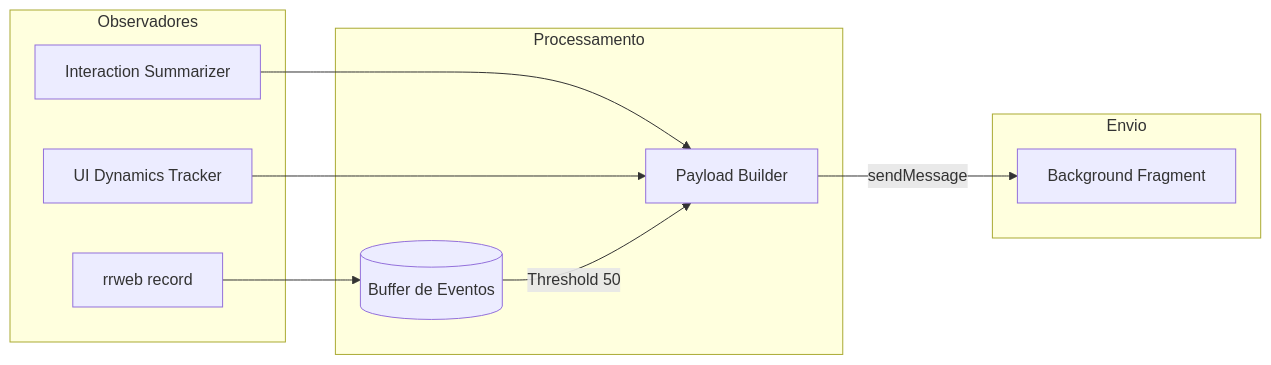
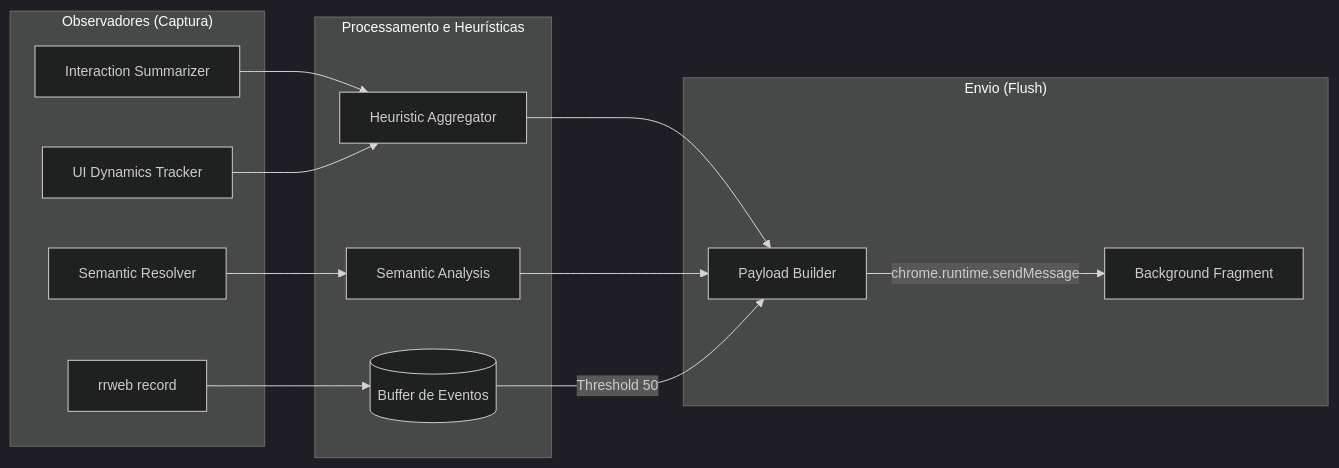
Before and after one commit to marcus-v-rodrigues/ux-auditor-extension: the diagram in docs/03-content-script-e-pipeline.md, drawn with Mermaid. The commit also changed 3 other files, not shown here.

First line of the commit message:
docs: add detailed architecture documentation and enhance diagrams

````diff
--- a/docs/03-content-script-e-pipeline.md
+++ b/docs/03-content-script-e-pipeline.md
@@ -9,23 +9,30 @@
 ```mermaid
-graph LR
-    subgraph "Observadores"
+%%{init: { 'theme': 'dark', 'themeVariables': { 'fontSize': '14px' }, 'flowchart': { 'curve': 'basis' } } }%%
+flowchart LR
+    subgraph Observadores["Observadores (Captura)"]
         RW[rrweb record]
         IS[Interaction Summarizer]
         UI[UI Dynamics Tracker]
+        SR[Semantic Resolver]
     end
 
-    subgraph "Processamento"
+    subgraph Processamento["Processamento e Heurísticas"]
+        HA[Heuristic Aggregator]
+        SR_AN[Semantic Analysis]
         BUF[(Buffer de Eventos)]
-        FRAG[Payload Builder]
     end
 
-    subgraph "Envio"
+    subgraph Envio["Envio (Flush)"]
+        FRAG[Payload Builder]
         BG[Background Fragment]
     end
 
     RW --> BUF
-    IS --> FRAG
-    UI --> FRAG
+    IS --> HA
+    UI --> HA
+    SR --> SR_AN
+    HA --> FRAG
+    SR_AN --> FRAG
     BUF -->|Threshold 50| FRAG
-    FRAG -->|sendMessage| BG
+    FRAG -->|"chrome.runtime.sendMessage"| BG
 ```
````
